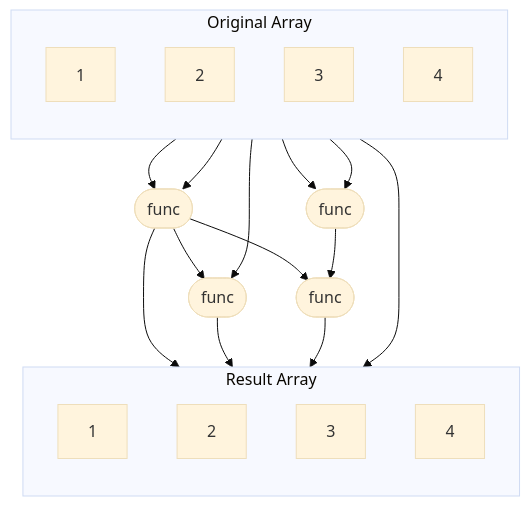
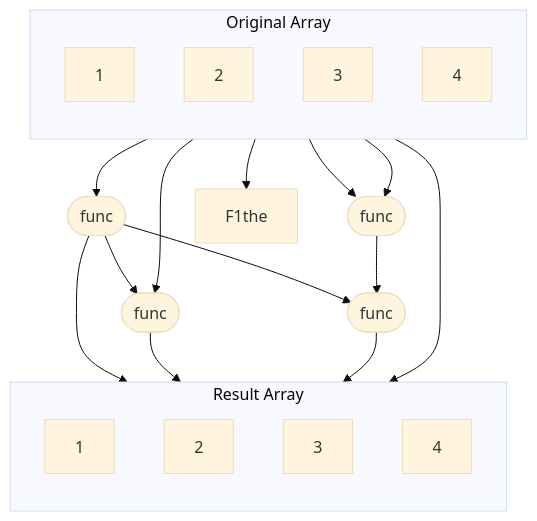
The seventh of 13 diagrams in Advanced Algorithm and Parallel Programming/index.md (titilda/appunti), drawn with Mermaid (base theme) before and after one commit. The commit also changed other lines of this file, not shown here.

Commit message:
feat(AAPP): expand parallel programming concepts with task graphs, pipelines, and memory architectures

````diff
--- a/Advanced Algorithm and Parallel Programming/index.md
+++ b/Advanced Algorithm and Parallel Programming/index.md
@@ -1034,33 +1105,33 @@
 ```mermaid
 flowchart TB
     subgraph Original Array
         direction TB
         A1[1]
         A2[2]
         A3[3]
         A4[4]
     end
 
     F1([ func ])
     F2([ func ])
     F3([ func ])
     F4([ func ])
 
     subgraph Result Array
         direction TB
         R1[ 1 ]
         R2[ 2 ]
         R3[ 3 ]
         R4[ 4 ]
     end
 
     A1 --> R1
-    A1 --> F1
+    A1 --> F1the
     A2 --> F1 --> R2
     A3 --> F3
     F1 --> F3 --> R3
     A3 --> F2
     A4 --> F2
     F1 --> F4
     F2 --> F4 --> R4
 ```
````
